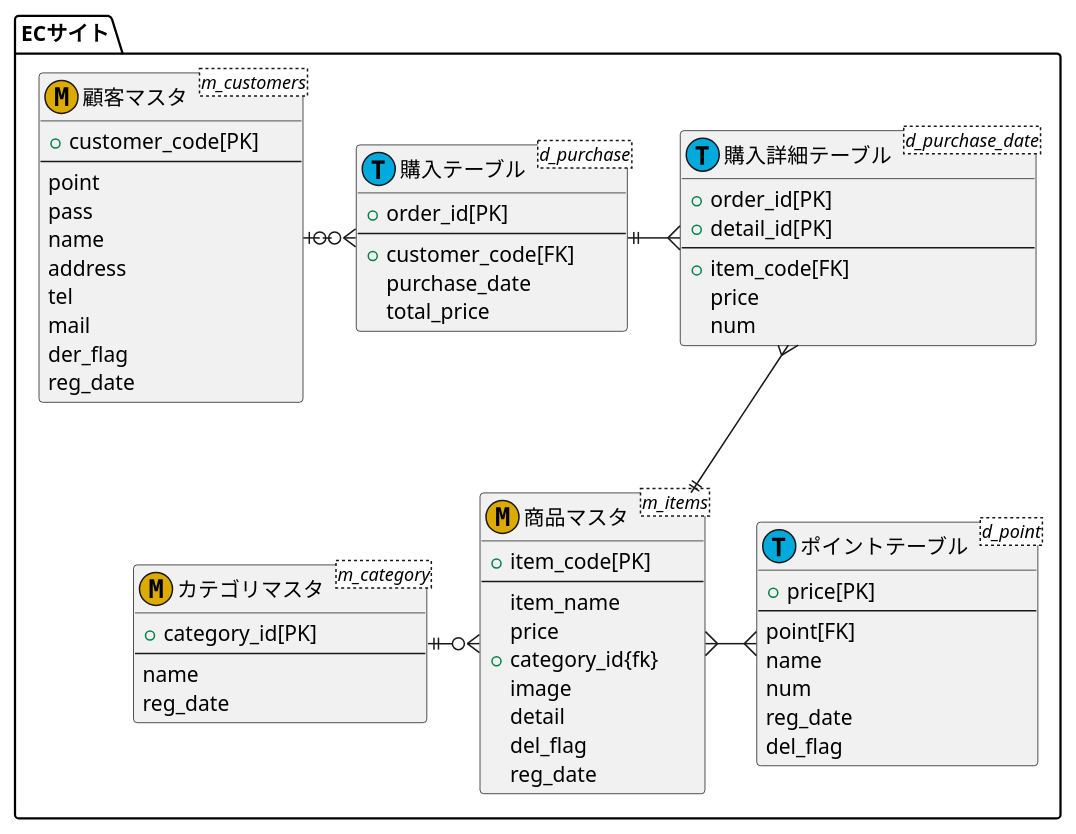
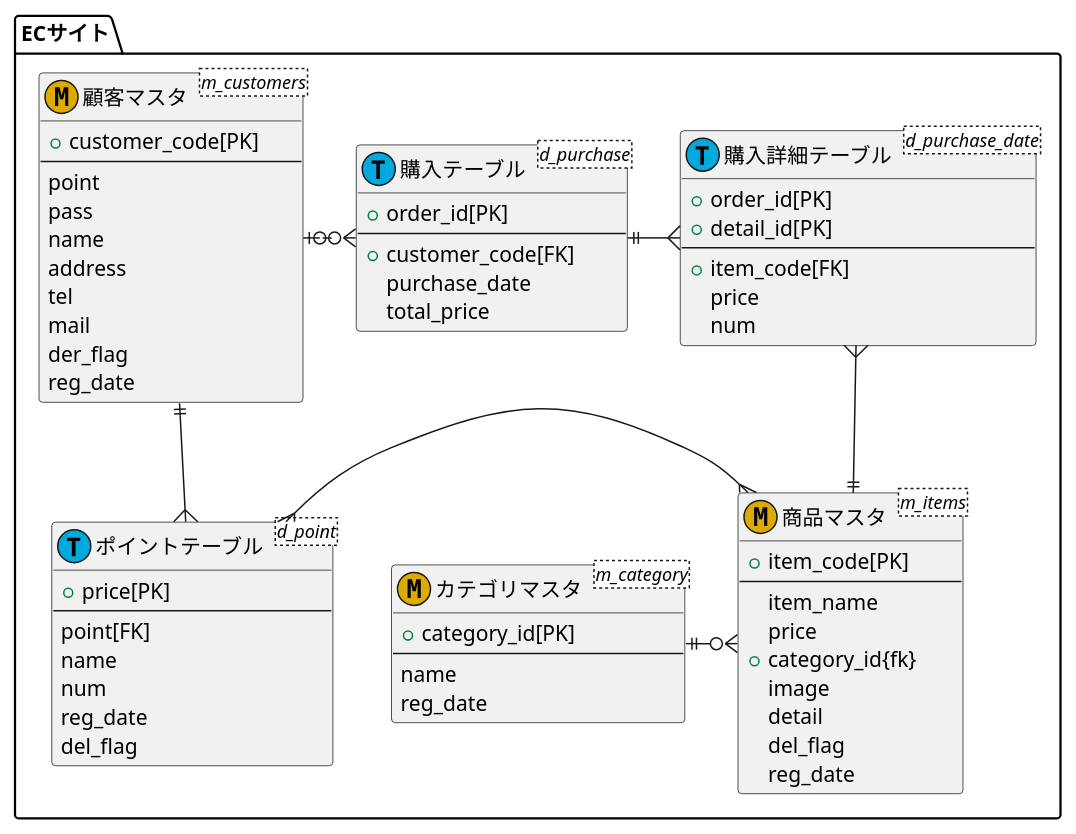
One commit to Aso2001033/2021.design-sys changed the diagram in mye-r.md. Above: the diagram before and after it, drawn with PlantUML.

````diff
--- a/mye-r.md
+++ b/mye-r.md
@@ -1,74 +1,75 @@
 ```puml
 @startuml
 
 package "ECサイト" as target_system{
 
 entity "顧客マスタ"<m_customers><<M,DDAA00>>{
 +customer_code[PK]
 --
 point
 pass
 name
 address
 tel
 mail
 der_flag
 reg_date
 }
 
 entity "購入テーブル"<d_purchase><<T,00AADD>>{
 +order_id[PK]
 --
 +customer_code[FK]
 purchase_date
 total_price
 }
 
 entity "購入詳細テーブル"<d_purchase_date><<T,00AADD>>{
 +order_id[PK]
 +detail_id[PK]
 --
 +item_code[FK]
 price
 num
 }
 
 entity "商品マスタ"<m_items><<M,DDAA00>>{
 +item_code[PK]
 --
 item_name
 price
 +category_id{fk}
 image
 detail
 del_flag
 reg_date
 }
 
 entity "カテゴリマスタ"<m_category><<M,DDAA00>>{
 +category_id[PK]
 --
 name
 reg_date
 }
 
 entity "ポイントテーブル"<d_point><<T,00AADD>>{
 +price[PK]
 --
 point[FK]
 name
 num
 reg_date
 del_flag
 }
 
 }
 
 顧客マスタ |o-ri-o{ 購入テーブル
 購入テーブル ||-ri-{ 購入詳細テーブル 
 購入詳細テーブル }-do-|| 商品マスタ
 商品マスタ}-ri-{ポイントテーブル
+ポイントテーブル}-ri-||顧客マスタ
 商品マスタ }o-le-|| カテゴリマスタ
 
 @enduml
 ```
````
